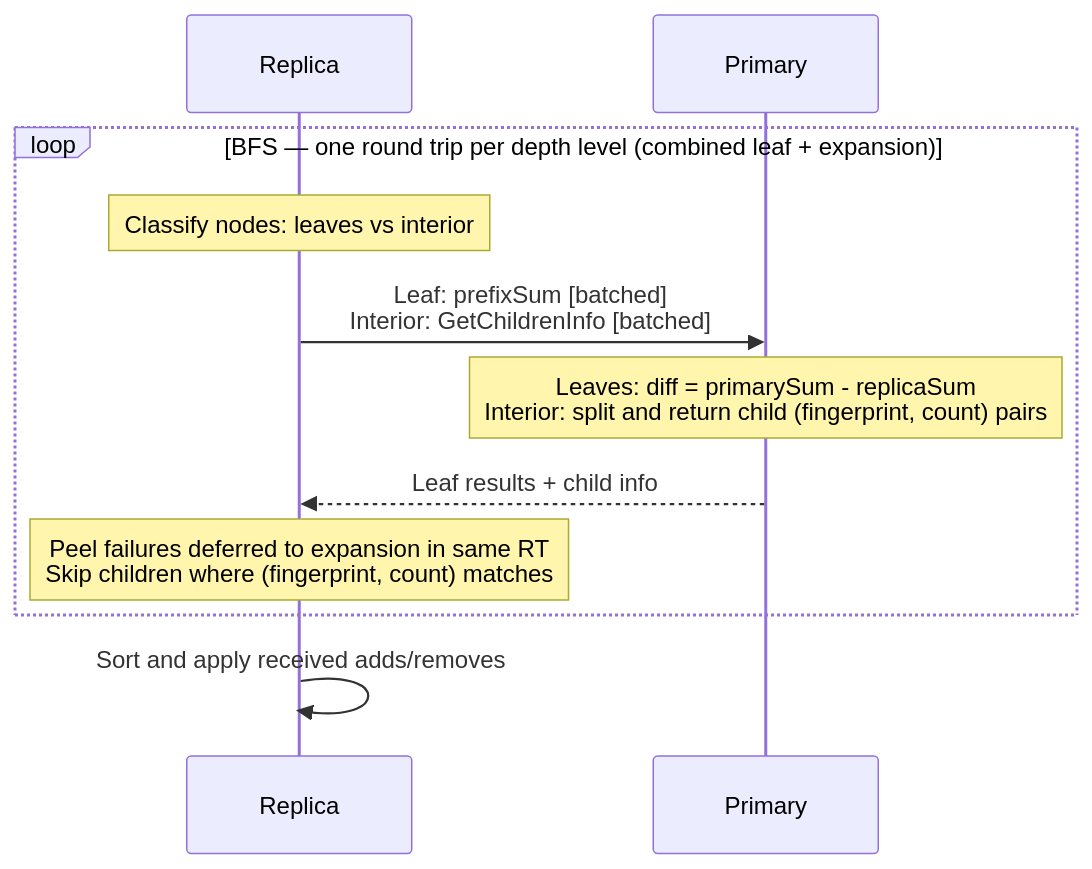
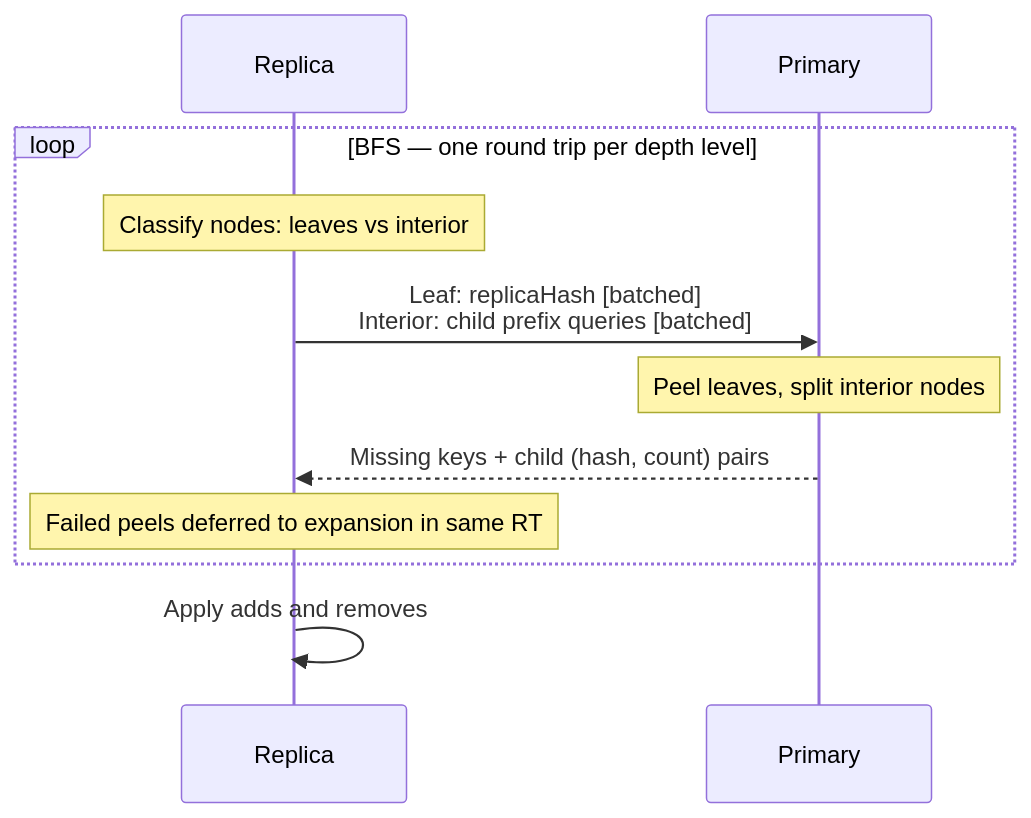
The third of 4 diagrams in SetSum/Sync/README.md (arj03/setsum-cs), drawn with Mermaid before and after one commit. The commit also changed other lines of this file, not shown here.

````diff
--- a/SetSum/Sync/README.md
+++ b/SetSum/Sync/README.md
@@ -98,15 +89,14 @@
 ```mermaid
 sequenceDiagram
     participant R as Replica
     participant P as Primary
 
-    loop BFS — one round trip per depth level (combined leaf + expansion)
+    loop BFS — one round trip per depth level
         Note over R: Classify nodes: leaves vs interior
-        R->>P: Leaf: prefixSum [batched]<br/>Interior: GetChildrenInfo [batched]
-        Note over P: Leaves: diff = primarySum - replicaSum<br/>Interior: split and return child (fingerprint, count) pairs
-        P-->>R: Leaf results + child info
-        Note over R: Peel failures deferred to expansion in same RT<br/>Skip children where (fingerprint, count) matches
+        R->>P: Leaf: replicaHash [batched]<br/>Interior: child prefix queries [batched]
+        Note over P: Peel leaves, split interior nodes
+        P-->>R: Missing keys + child (hash, count) pairs
+        Note over R: Failed peels deferred to expansion in same RT
     end
-
-    R->>R: Sort and apply received adds/removes
+    R->>R: Apply adds and removes
 ```
````
